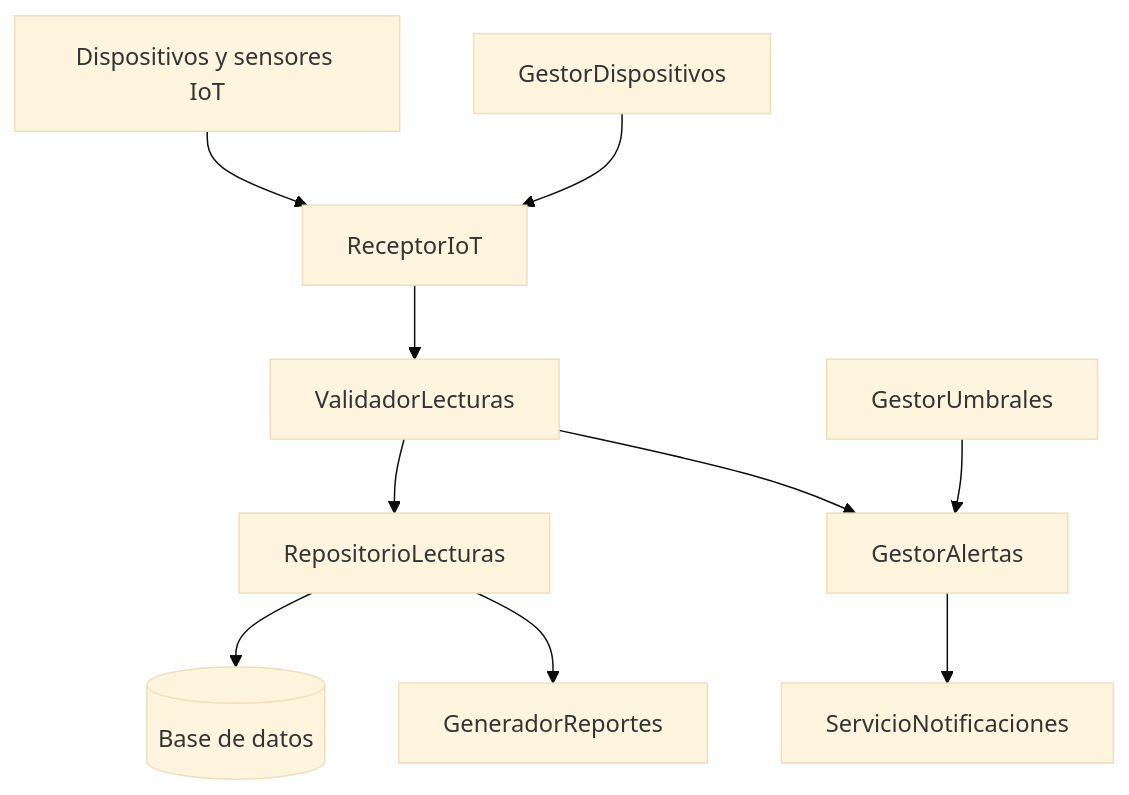
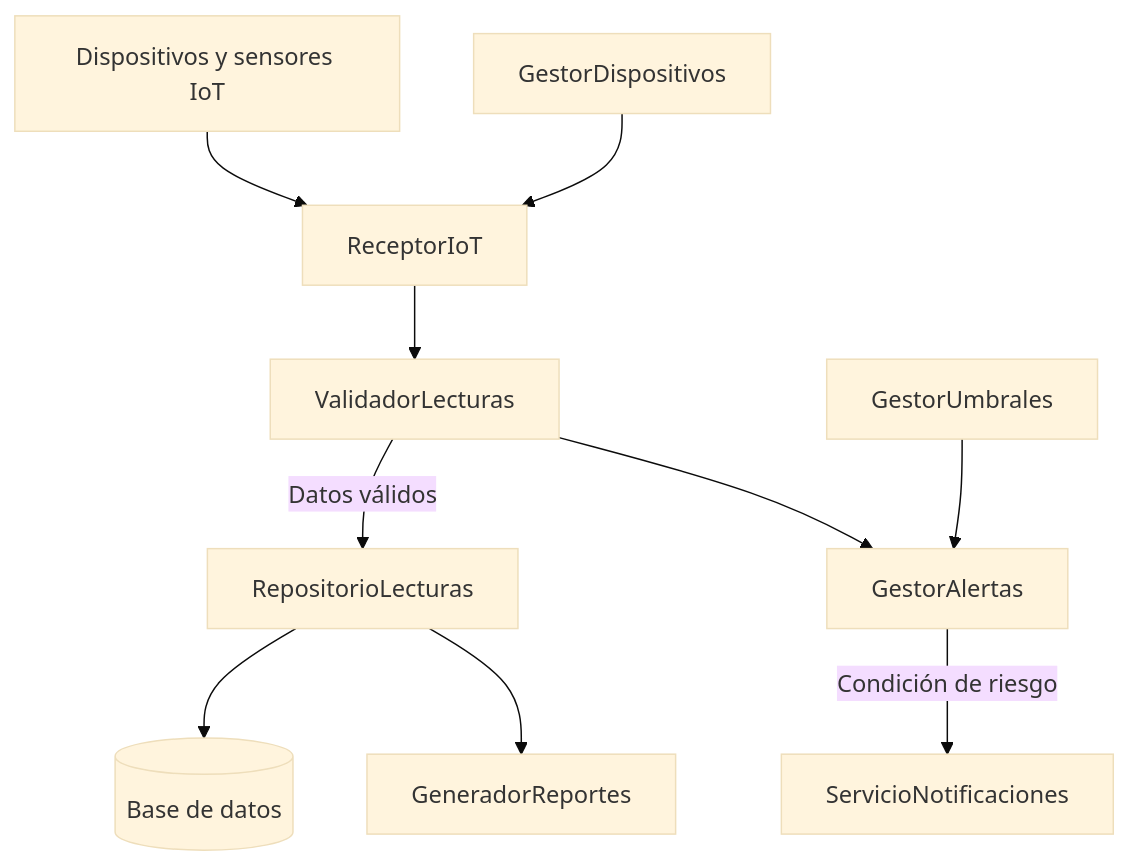
The diagram in docs/diagrama_mejorado.md (Andreaport3/coldsense-diseno-software), drawn with Mermaid (base theme) before and after one commit. The commit also changed other lines of this file, not shown here.

Commit message:
Mejorar diagrama de arquitectura modular

````diff
--- a/docs/diagrama_mejorado.md
+++ b/docs/diagrama_mejorado.md
@@ -5,12 +5,12 @@
 ```mermaid
 flowchart TD
     A[Dispositivos y sensores IoT] --> B[ReceptorIoT]
     B --> C[ValidadorLecturas]
-    C --> D[RepositorioLecturas]
+    C -->|Datos válidos| D[RepositorioLecturas]
     D --> E[(Base de datos)]
     C --> F[GestorAlertas]
     G[GestorUmbrales] --> F
-    F --> H[ServicioNotificaciones]
+    F -->|Condición de riesgo| H[ServicioNotificaciones]
     D --> I[GeneradorReportes]
     J[GestorDispositivos] --> B
 ```
````
